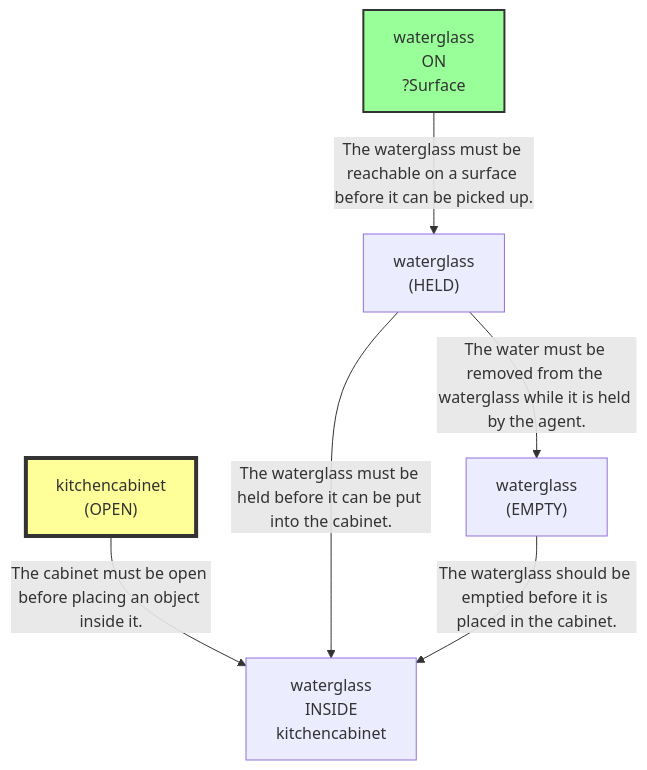
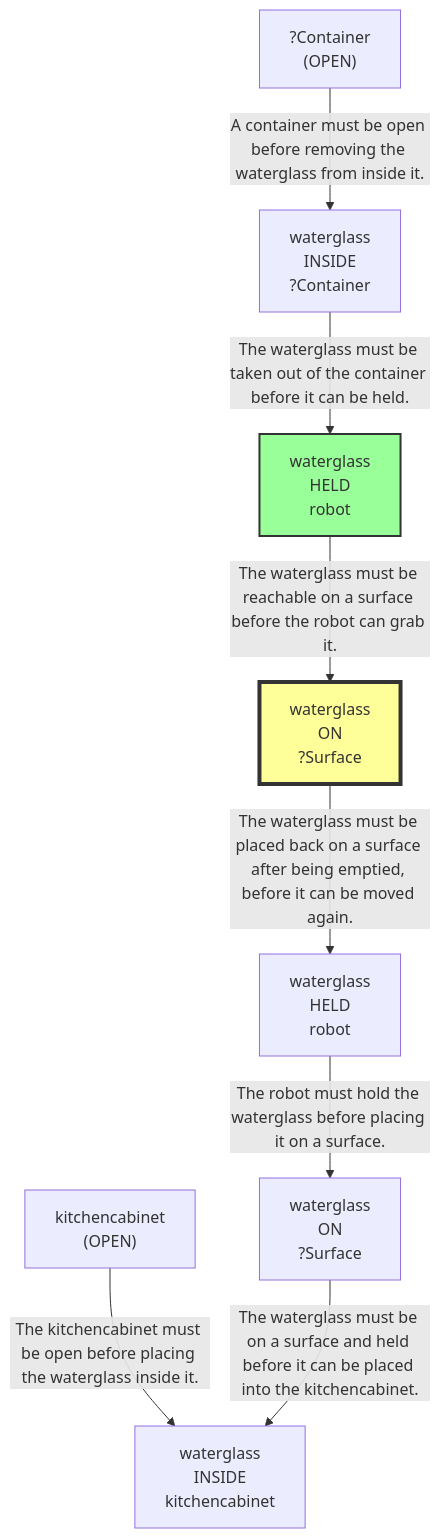
The second of 15 diagrams in evaluation/results/table1/_raw/robostate/run_T1_INST_G1_05_vague.md (scuama/virtualhome), drawn with Mermaid before and after one commit. The commit also changed other lines of this file and 96 other files, not shown here.

````diff
--- a/evaluation/results/table1/_raw/robostate/run_T1_INST_G1_05_vague.md
+++ b/evaluation/results/table1/_raw/robostate/run_T1_INST_G1_05_vague.md
@@ -109,15 +182,20 @@
 ```mermaid
 graph TD
     N1["waterglass<br>ON<br>?Surface"]
-    style N1 fill:#9f9,stroke:#333,stroke-width:2px
-    N2["waterglass<br>(HELD)"]
-    N3["kitchencabinet<br>(OPEN)"]
-    style N3 fill:#ff9,stroke:#333,stroke-width:4px
-    N4["waterglass<br>INSIDE<br>kitchencabinet"]
-    N5["waterglass<br>(EMPTY)"]
-    N1 -->|"The waterglass must be reachable on a surface before it can be picked up."| N2
-    N2 -->|"The water must be removed from the waterglass while it is held by the agent."| N5
-    N3 -->|"The cabinet must be open before placing an object inside it."| N4
-    N2 -->|"The waterglass must be held before it can be put into the cabinet."| N4
-    N5 -->|"The waterglass should be emptied before it is placed in the cabinet."| N4
+    style N1 fill:#ff9,stroke:#333,stroke-width:4px
+    N2["waterglass<br>HELD<br>robot"]
+    style N2 fill:#9f9,stroke:#333,stroke-width:2px
+    N3["waterglass<br>INSIDE<br>?Container"]
+    N4["?Container<br>(OPEN)"]
+    N5["waterglass<br>ON<br>?Surface"]
+    N6["waterglass<br>HELD<br>robot"]
+    N7["waterglass<br>INSIDE<br>kitchencabinet"]
+    N8["kitchencabinet<br>(OPEN)"]
+    N2 -->|"The waterglass must be reachable on a surface before the robot can grab it."| N1
+    N4 -->|"A container must be open before removing the waterglass from inside it."| N3
+    N3 -->|"The waterglass must be taken out of the container before it can be held."| N2
+    N1 -->|"The waterglass must be placed back on a surface after being emptied, before it can be moved again."| N6
+    N6 -->|"The robot must hold the waterglass before placing it on a surface."| N5
+    N8 -->|"The kitchencabinet must be open before placing the waterglass inside it."| N7
+    N5 -->|"The waterglass must be on a surface and held before it can be placed into the kitchencabinet."| N7
 ```
````
